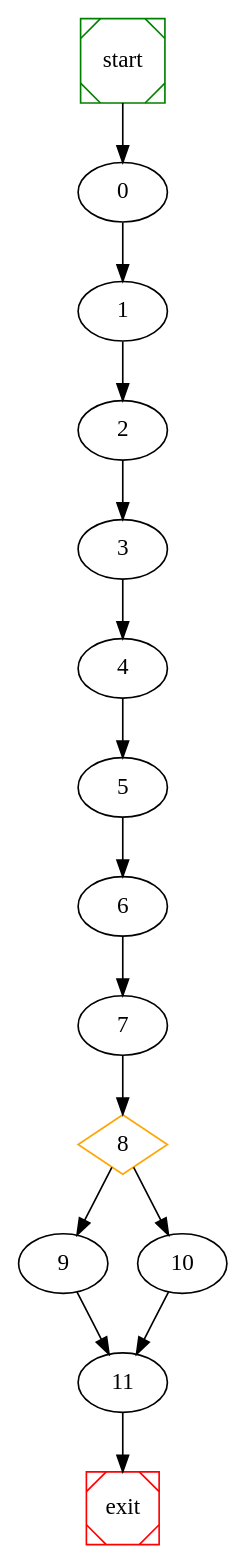
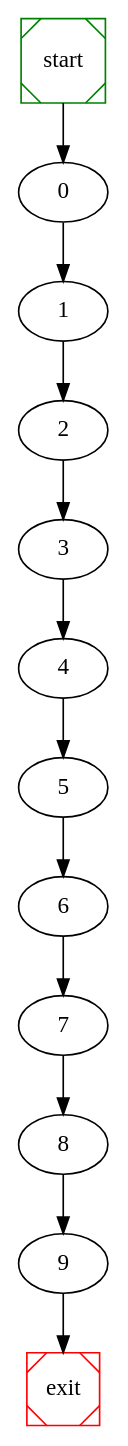
One commit to NabeelQaiser/BTP_2k18-19 changed the diagram in wpc/raw_graph.dot. Above: the diagram before and after it, drawn with Graphviz. The commit also changed 4 other files, not shown here.

```diff
--- a/wpc/raw_graph.dot
+++ b/wpc/raw_graph.dot
@@ -1,22 +1,18 @@
 # dot file created at runtime
 
 digraph G {
 	start -> 0;
 	0 -> 1 ;
 	1 -> 2 ;
 	2 -> 3 ;
 	3 -> 4 ;
 	4 -> 5 ;
 	5 -> 6 ;
 	6 -> 7 ;
-	8 [shape=diamond, color=orange] ;
+	7 -> 8 ;
 	8 -> 9 ;
-	8 -> 10 ;
-	7 -> 8 ;
-	9 -> 11 ;
-	10 -> 11 ;
-	11 -> exit;
+	9 -> exit;
 
 	start [shape=Msquare, color=green];
 	exit [shape=Msquare, color=red];
 }
```
